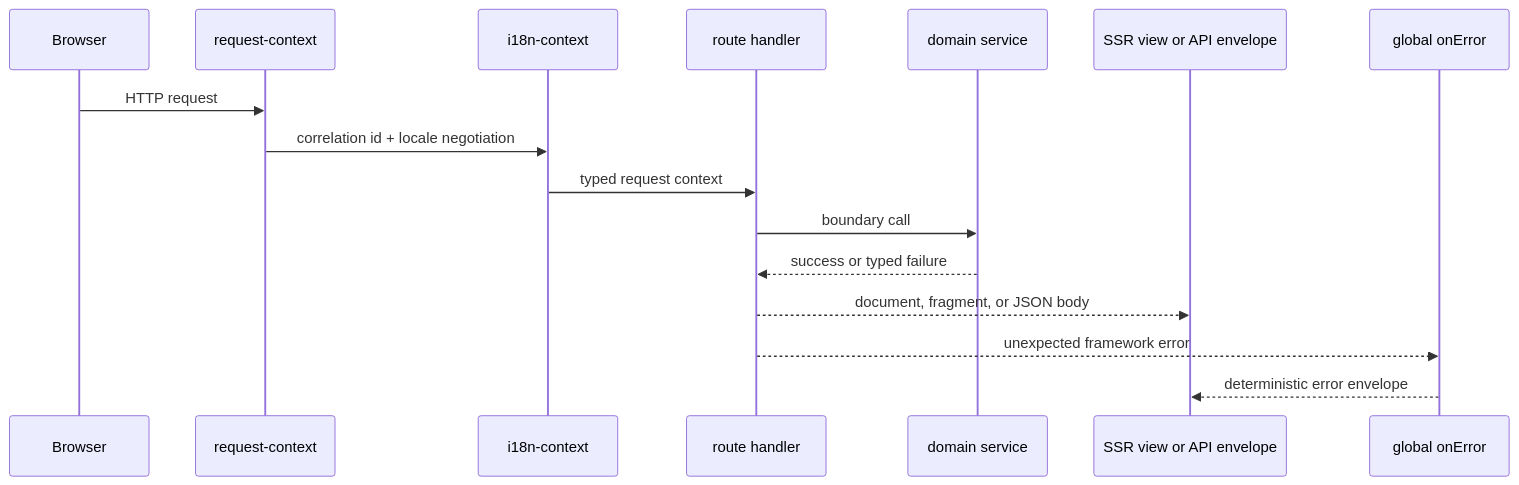
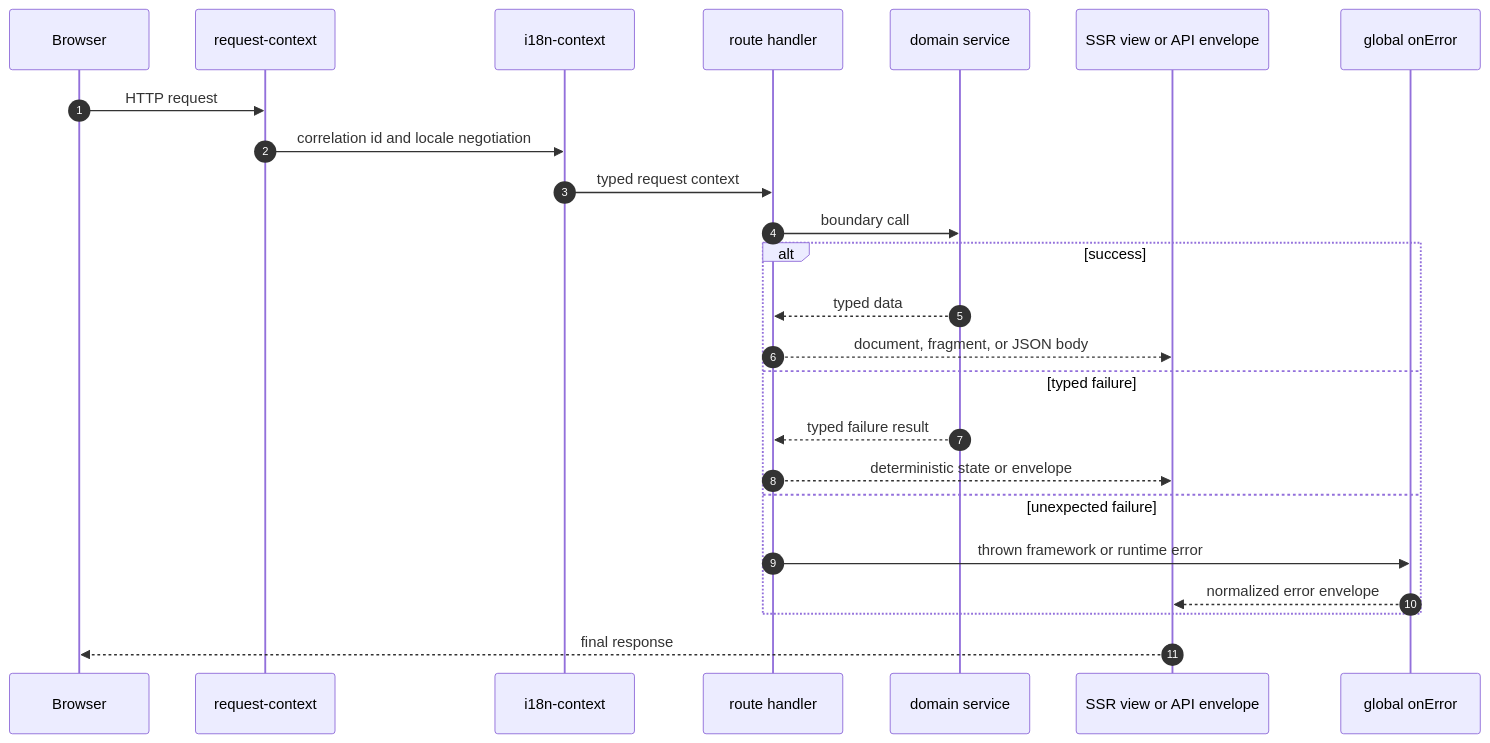
The second of 5 diagrams in README.md (d4551/tea), drawn with Mermaid before and after one commit. The commit also changed other lines of this file and 1 other file, not shown here.

First line of the commit message:
Enhance README with overview, badges, and diagrams

````diff
--- a/README.md
+++ b/README.md
@@ -91,19 +155,27 @@
 ```mermaid
 sequenceDiagram
+  autonumber
   participant Browser
   participant Request as request-context
   participant Locale as i18n-context
   participant Route as route handler
   participant Domain as domain service
   participant View as SSR view or API envelope
   participant Error as global onError
 
   Browser->>Request: HTTP request
-  Request->>Locale: correlation id + locale negotiation
+  Request->>Locale: correlation id and locale negotiation
   Locale->>Route: typed request context
   Route->>Domain: boundary call
-  Domain-->>Route: success or typed failure
-  Route-->>View: document, fragment, or JSON body
-  Route-->>Error: unexpected framework error
-  Error-->>View: deterministic error envelope
+  alt success
+    Domain-->>Route: typed data
+    Route-->>View: document, fragment, or JSON body
+  else typed failure
+    Domain-->>Route: typed failure result
+    Route-->>View: deterministic state or envelope
+  else unexpected failure
+    Route->>Error: thrown framework or runtime error
+    Error-->>View: normalized error envelope
+  end
+  View-->>Browser: final response
 ```
````
